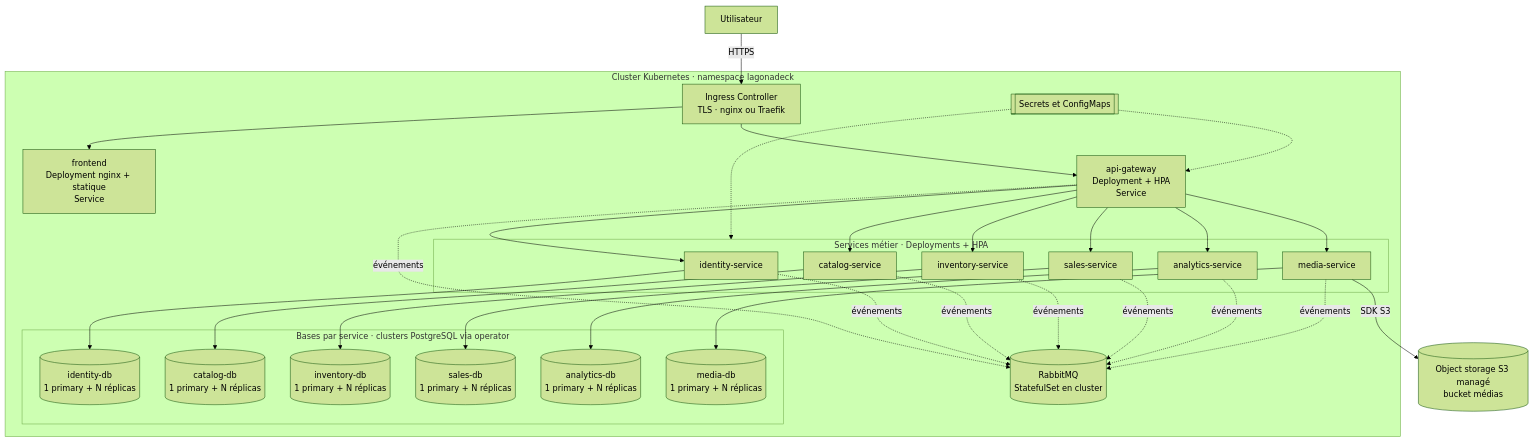
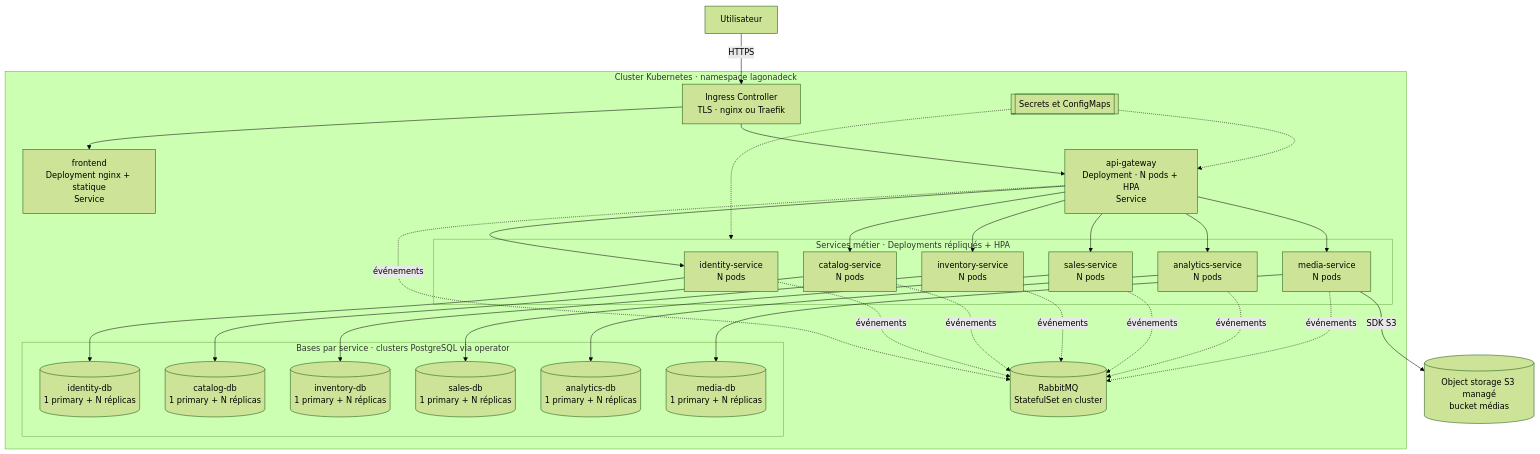
Before and after one commit to LagonaDeck/lagonadeck: the second of 4 diagrams in docs/diagrams/infrastructure.md, drawn with Mermaid (forest theme). The commit also changed other lines of this file and 1 other file, not shown here.

First line of the commit message:
docs(diagrams): rends explicite le scaling des micro-services

````diff
--- a/docs/diagrams/infrastructure.md
+++ b/docs/diagrams/infrastructure.md
@@ -96,53 +107,53 @@
 ```mermaid
 flowchart TB
   U[Utilisateur] -->|HTTPS| ING[Ingress Controller\nTLS · nginx ou Traefik]
 
   subgraph K8S["Cluster Kubernetes · namespace lagonadeck"]
     ING --> FE[frontend\nDeployment nginx + statique\nService]
-    ING --> GW[api-gateway\nDeployment + HPA\nService]
+    ING --> GW[api-gateway\nDeployment · N pods + HPA\nService]
 
-    subgraph WL["Services métier · Deployments + HPA"]
-      IDS[identity-service]
-      CAT[catalog-service]
-      INV[inventory-service]
-      SAL[sales-service]
-      ANA[analytics-service]
-      MED[media-service]
+    subgraph WL["Services métier · Deployments répliqués + HPA"]
+      IDS[identity-service\nN pods]
+      CAT[catalog-service\nN pods]
+      INV[inventory-service\nN pods]
+      SAL[sales-service\nN pods]
+      ANA[analytics-service\nN pods]
+      MED[media-service\nN pods]
     end
     GW --> IDS
     GW --> CAT
     GW --> INV
     GW --> SAL
     GW --> ANA
     GW --> MED
 
     RMQ[(RabbitMQ\nStatefulSet en cluster)]
     GW -.événements.-> RMQ
     IDS -.événements.-> RMQ
     CAT -.événements.-> RMQ
     INV -.événements.-> RMQ
     SAL -.événements.-> RMQ
     ANA -.événements.-> RMQ
     MED -.événements.-> RMQ
 
     subgraph DBS["Bases par service · clusters PostgreSQL via operator"]
       IDB[(identity-db\n1 primary + N réplicas)]
       CDB[(catalog-db\n1 primary + N réplicas)]
       VDB[(inventory-db\n1 primary + N réplicas)]
       SDB[(sales-db\n1 primary + N réplicas)]
       ADB[(analytics-db\n1 primary + N réplicas)]
       MDB[(media-db\n1 primary + N réplicas)]
     end
     IDS --> IDB
     CAT --> CDB
     INV --> VDB
     SAL --> SDB
     ANA --> ADB
     MED --> MDB
 
     SEC[[Secrets et ConfigMaps]] -.-> GW
     SEC -.-> WL
   end
 
   MED -->|SDK S3| S3[(Object storage S3 managé\nbucket médias)]
 ```
````
